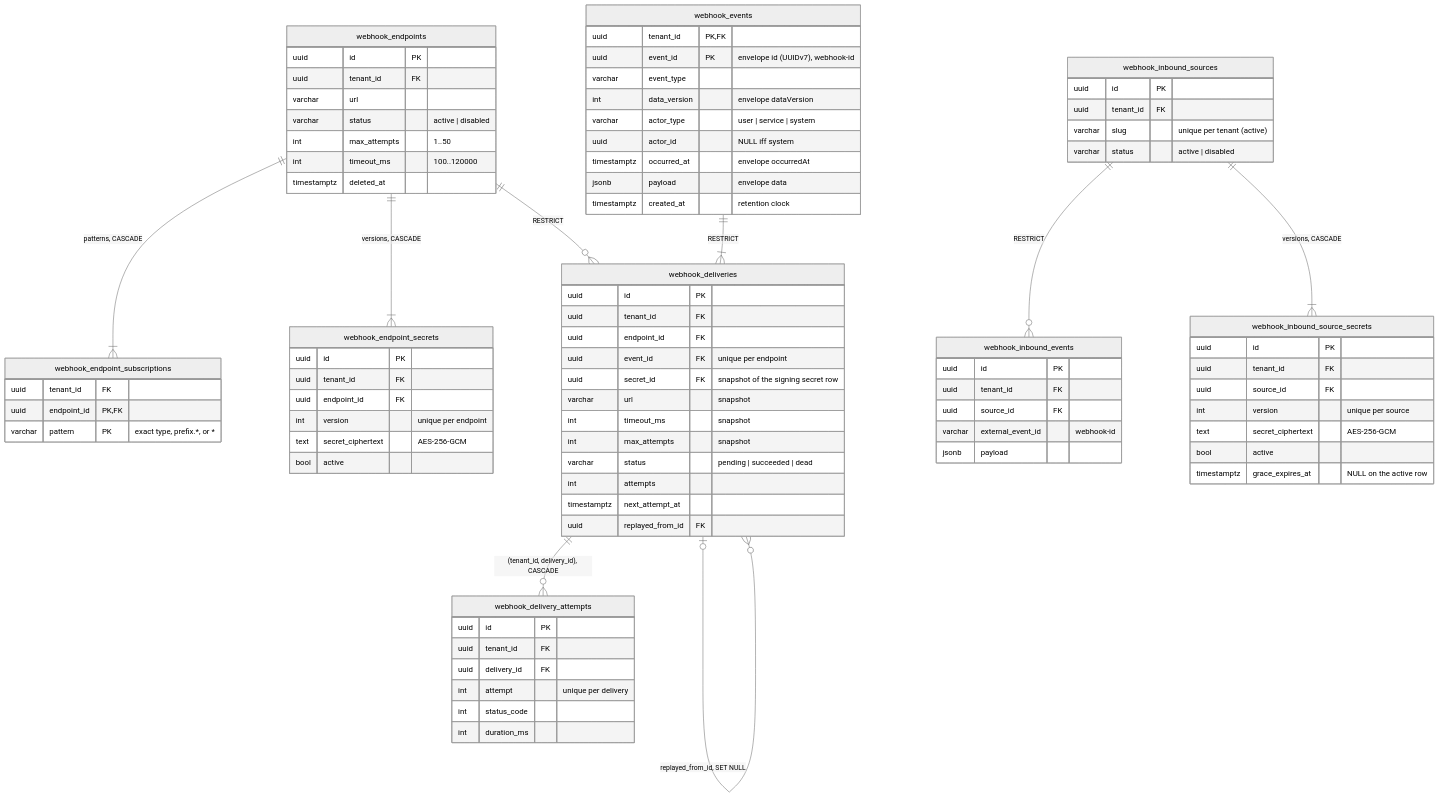
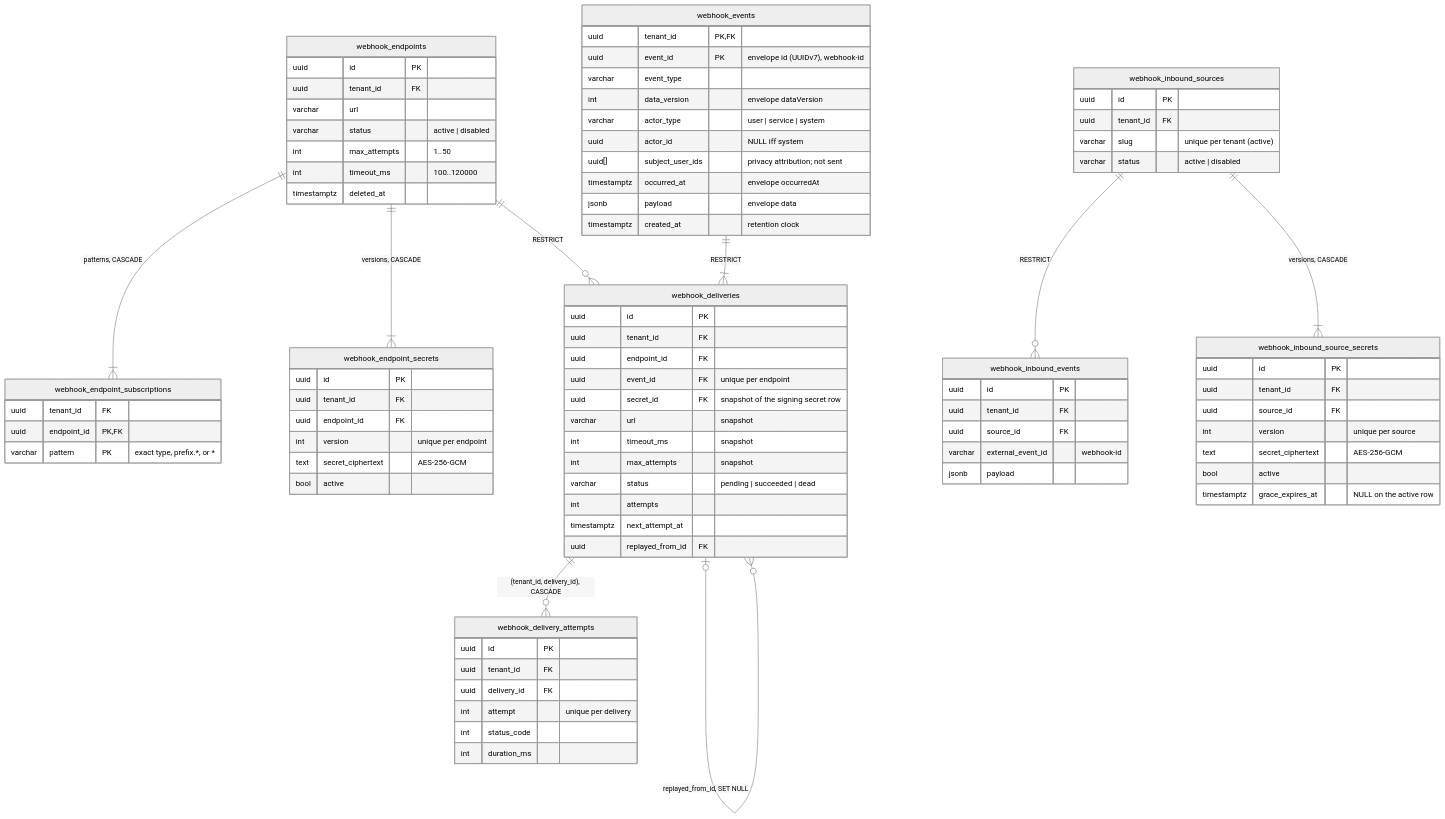
Before and after one commit to chuanghiduoc/fiber-golang-boilerplate: the third of 4 diagrams in docs/data-model.md, drawn with Mermaid (neutral theme). The commit also changed other lines of this file and 353 other files, not shown here.

```diff
--- a/docs/data-model.md
+++ b/docs/data-model.md
@@ -547,6 +558,7 @@
         int data_version "envelope dataVersion"
         varchar actor_type "user | service | system"
         uuid actor_id "NULL iff system"
+        uuid[] subject_user_ids "privacy attribution; not sent"
         timestamptz occurred_at "envelope occurredAt"
         jsonb payload "envelope data"
         timestamptz created_at "retention clock"
```
